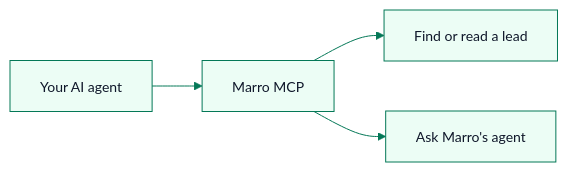
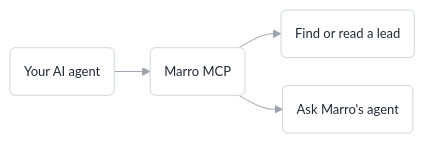
Before and after one commit to BharathVasireddy/marro-docs: the diagram in guides/mcp.mdx, drawn with Mermaid. The commit also changed 95 other files, not shown here.

First line of the commit message:
One guide per settings screen, in the Settings menu's order, with diagrams only where they are needed

````diff
--- a/guides/mcp.mdx
+++ b/guides/mcp.mdx
@@ -8,7 +8,7 @@
 ```mermaid
-%%{init: {'theme':'base','themeVariables':{'primaryColor':'#ecfdf5','primaryBorderColor':'#047857','primaryTextColor':'#0f172a','lineColor':'#047857','fontSize':'14px'}}}%%
+%%{init: {'theme':'base','flowchart':{'curve':'basis','padding':14,'nodeSpacing':28,'rankSpacing':36},'themeVariables':{'primaryColor':'#ffffff','primaryBorderColor':'#d1d5db','primaryTextColor':'#1f2937','lineColor':'#9ca3af','fontFamily':'Inter, ui-sans-serif, sans-serif','fontSize':'13px','edgeLabelBackground':'#ffffff'}}}%%
 flowchart LR
-  A[Your AI agent] --> B[Marro MCP]
-  B --> C[Find or read a lead]
-  B --> D[Ask Marro's agent]
+  A(Your AI agent) --> B(Marro MCP)
+  B --> C(Find or read a lead)
+  B --> D(Ask Marro's agent)
 ```
````
